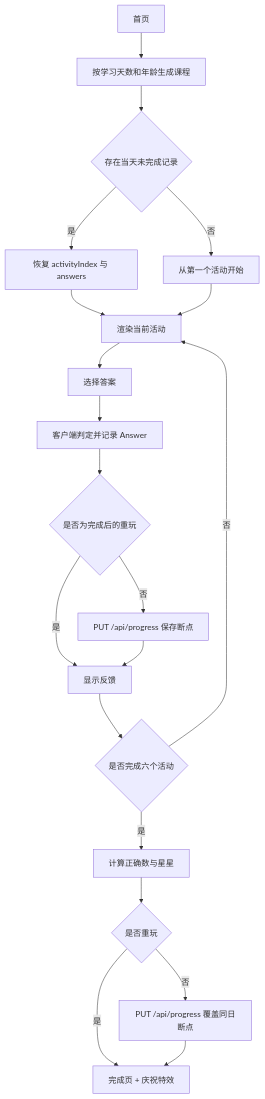
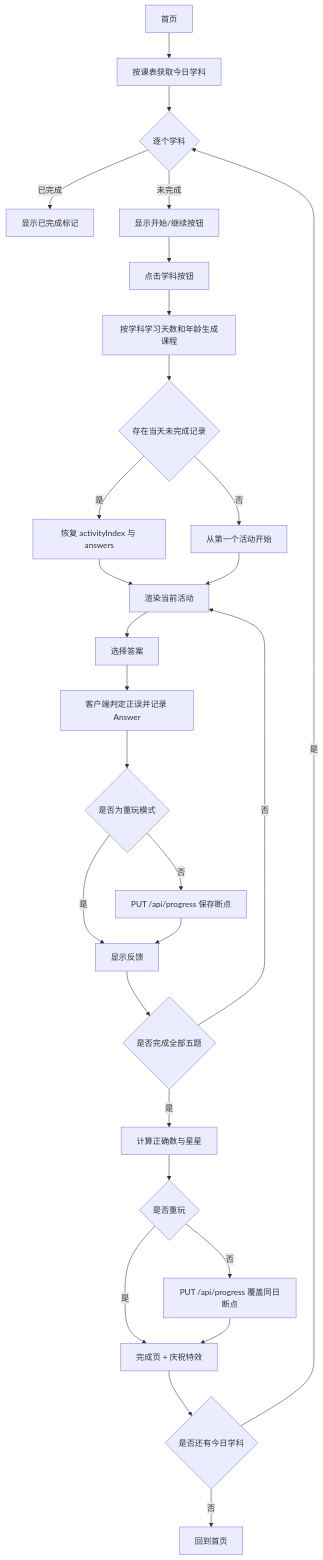
The third of 7 diagrams in docs/codinghub/flows.md (guccang/yuanbao), drawn with Mermaid before and after one commit. The commit also changed other lines of this file and 3 other files, not shown here.

````diff
--- a/docs/codinghub/flows.md
+++ b/docs/codinghub/flows.md
@@ -51,22 +79,30 @@
 ```mermaid
 flowchart TD
-    Home[首页] --> Generate[按学习天数和年龄生成课程]
+    Home[首页] --> Schedule[按课表获取今日学科]
+    Schedule --> CheckEach{逐个学科}
+    CheckEach -->|已完成| ShowDone[显示已完成标记]
+    CheckEach -->|未完成| ShowStart[显示开始/继续按钮]
+    ShowStart --> Click[点击学科按钮]
+    Click --> Generate[按学科学习天数和年龄生成课程]
     Generate --> Draft{存在当天未完成记录}
     Draft -->|是| Resume[恢复 activityIndex 与 answers]
     Draft -->|否| Start[从第一个活动开始]
     Resume --> Show[渲染当前活动]
     Start --> Show
     Show --> Choose[选择答案]
-    Choose --> Evaluate[客户端判定并记录 Answer]
-    Evaluate --> Review{是否为完成后的重玩}
+    Choose --> Evaluate[客户端判定正误并记录 Answer]
+    Evaluate --> Review{是否为重玩模式}
     Review -->|否| SaveDraft[PUT /api/progress 保存断点]
     Review -->|是| Feedback[显示反馈]
     SaveDraft --> Feedback
-    Feedback --> Last{是否完成六个活动}
-    Last -->|否| Show
-    Last -->|是| Summary[计算正确数与星星]
+    Feedback --> Next{是否完成全部五题}
+    Next -->|否| Show
+    Next -->|是| Summary[计算正确数与星星]
     Summary --> WriteDone{是否重玩}
     WriteDone -->|否| SaveDone[PUT /api/progress 覆盖同日断点]
     WriteDone -->|是| Complete[完成页 + 庆祝特效]
     SaveDone --> Complete
+    Complete --> NextSubject{是否还有今日学科}
+    NextSubject -->|是| CheckEach
+    NextSubject -->|否| BackHome[回到首页]
 ```
````
